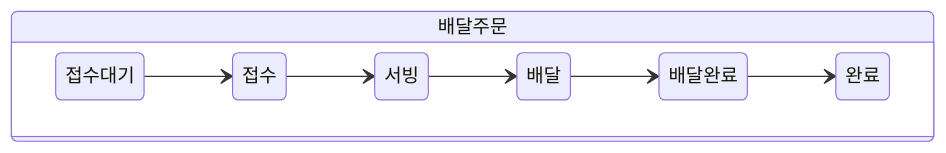
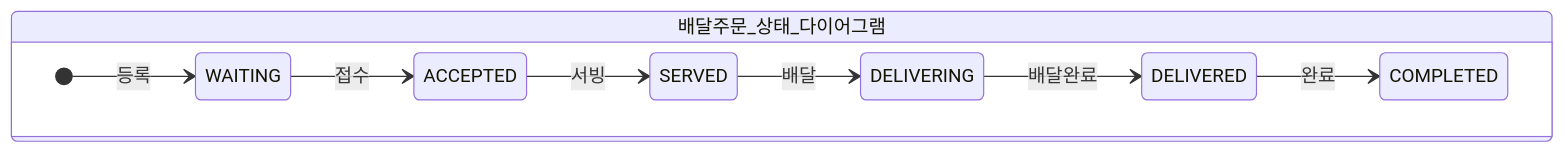
The first of 3 diagrams in README.md (next-step/ddd-strategic-design), drawn with Mermaid before and after one commit. The commit also changed other lines of this file, not shown here.

Commit message:
docs(kitchenops): 상태 다이어그램 action 명시

````diff
--- a/README.md
+++ b/README.md
@@ -255,11 +255,12 @@
 ```mermaid
 stateDiagram-v2
-    state 배달주문 {
+    state 배달주문_상태_다이어그램 {
         direction LR
-        접수대기 --> 접수
-        접수 --> 서빙
-        서빙 --> 배달
-        배달 --> 배달완료
-        배달완료 --> 완료
+        [*] --> WAITING : 등록
+        WAITING --> ACCEPTED : 접수
+        ACCEPTED --> SERVED : 서빙
+        SERVED --> DELIVERING : 배달
+        DELIVERING --> DELIVERED : 배달완료
+        DELIVERED --> COMPLETED : 완료
     }
 ```
````
